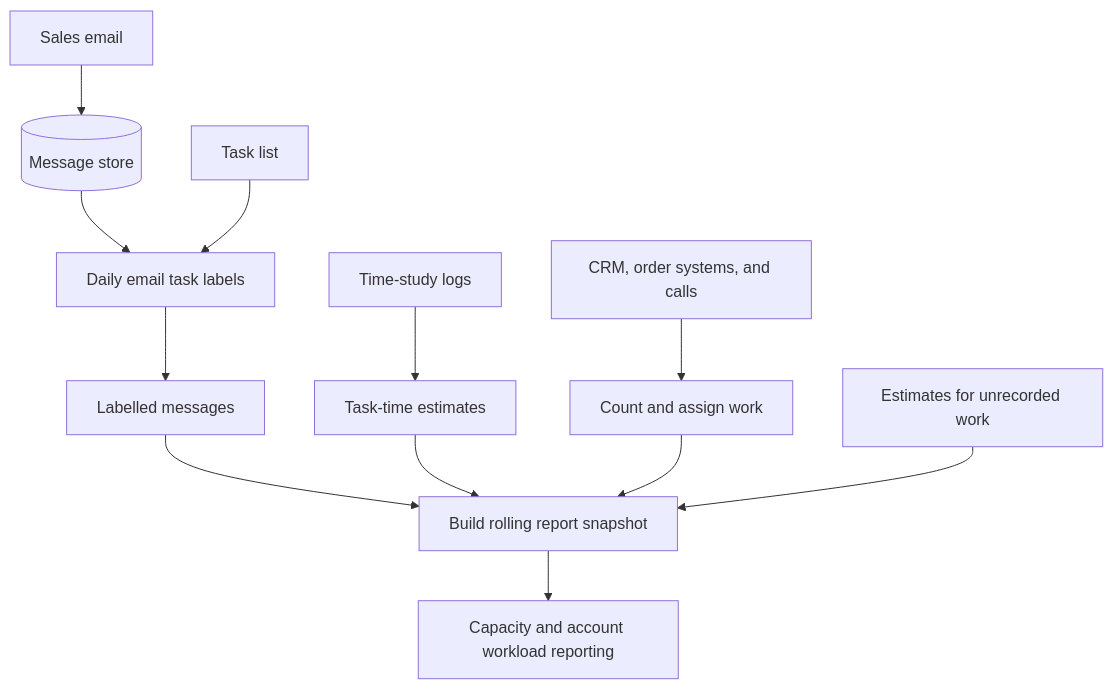
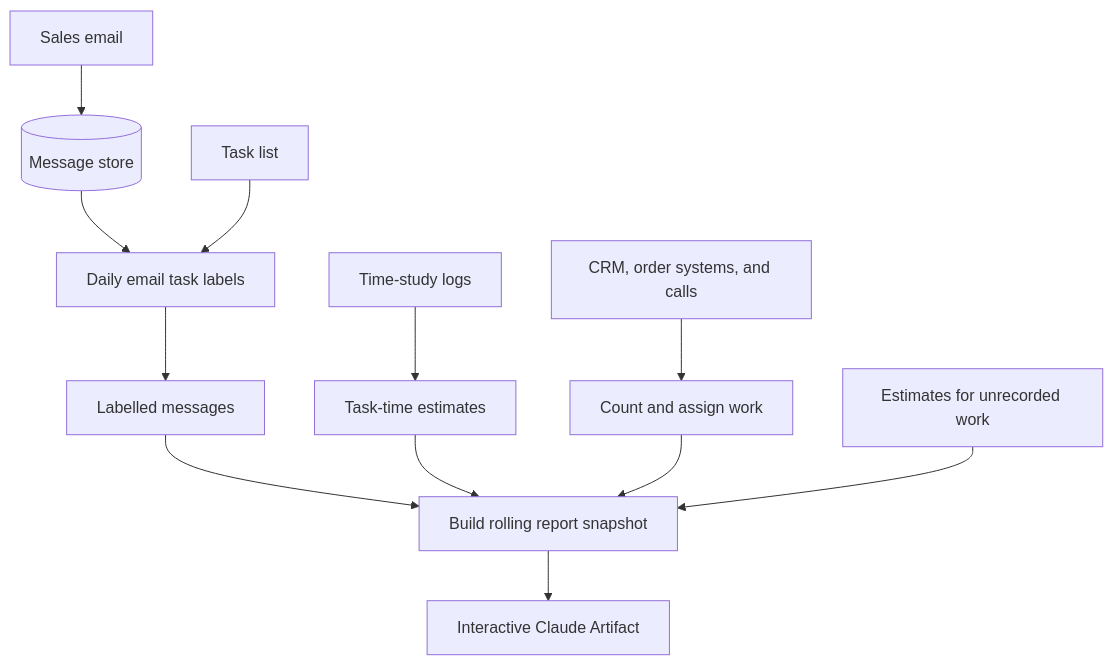
One commit to JamesonCodes/project-showcase changed the diagram in projects/sales-capacity-planner/README.md. Above: the diagram before and after it, drawn with Mermaid. The commit also changed other lines of this file, not shown here.

Commit message:
Clarify interactive Claude Artifact delivery

````diff
--- a/projects/sales-capacity-planner/README.md
+++ b/projects/sales-capacity-planner/README.md
@@ -54,14 +54,14 @@
 ```mermaid
 flowchart TD
     Email[Sales email] --> Store[(Message store)]
     Store --> Classifier[Daily email task labels]
     Inventory[Task list] --> Classifier
     Classifier --> Tasks[Labelled messages]
     Logs[Time-study logs] --> Benchmarks[Task-time estimates]
     Systems[CRM, order systems, and calls] --> Warehouse[Count and assign work]
     Tasks --> Build[Build rolling report snapshot]
     Benchmarks --> Build
     Warehouse --> Build
     Allowances[Estimates for unrecorded work] --> Build
-    Build --> Page[Capacity and account workload reporting]
+    Build --> Page[Interactive Claude Artifact]
 ```
````
